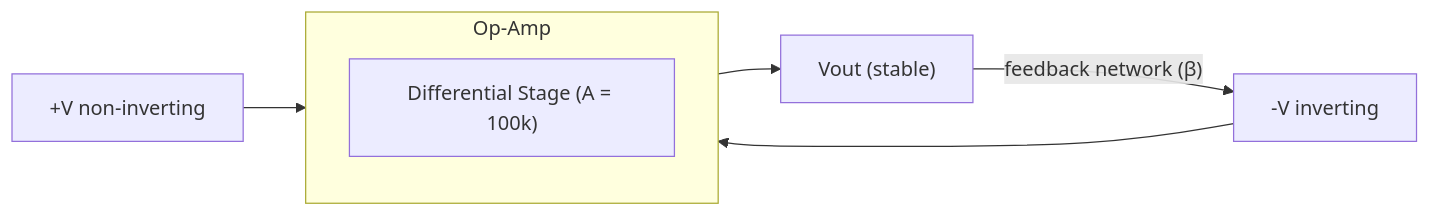
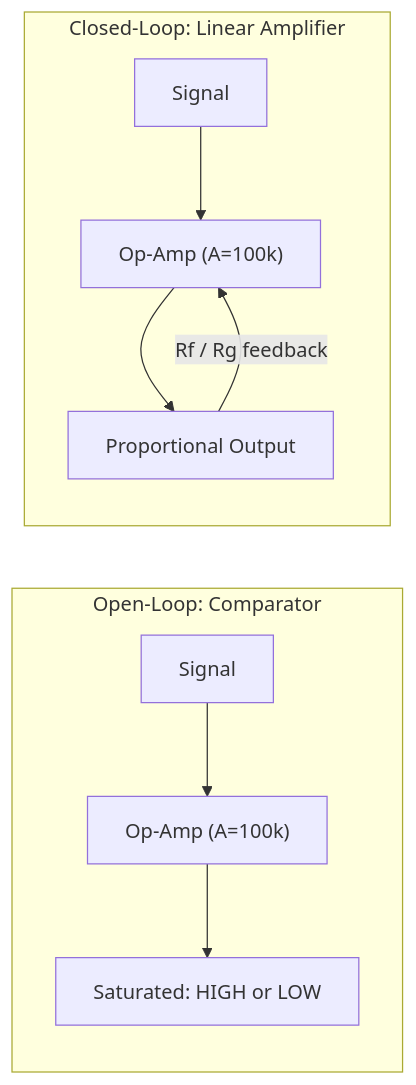
One commit to dpopsuev/origami changed the sixth of 14 diagrams in .cursor/docs/case-studies/electronic-circuit-theory.md. Above: the diagram before and after it, drawn with Mermaid. The commit also changed other lines of this file, not shown here.

First line of the commit message:
docs(case-studies): deepen op-amp/dialectic analogy with real EE patterns

````diff
--- a/.cursor/docs/case-studies/electronic-circuit-theory.md
+++ b/.cursor/docs/case-studies/electronic-circuit-theory.md
@@ -210,13 +212,11 @@
 ```mermaid
 flowchart LR
-    subgraph opamp ["Op-Amp"]
-        direction TB
-        diff["Differential Stage (A = 100k)"]
+    subgraph openLoop ["Open-Loop: Comparator"]
+        inOL["Signal"] --> ampOL["Op-Amp (A=100k)"] --> outOL["Saturated: HIGH or LOW"]
     end
 
-    Vplus["+V non-inverting"] --> diff
-    Vminus["-V inverting"] --> diff
-    diff --> Vout["Vout (stable)"]
-
-    Vout -->|"feedback network (β)"| Vminus
+    subgraph closedLoop ["Closed-Loop: Linear Amplifier"]
+        inCL["Signal"] --> ampCL["Op-Amp (A=100k)"] --> outCL["Proportional Output"]
+        outCL -->|"Rf / Rg feedback"| ampCL
+    end
 ```
````
